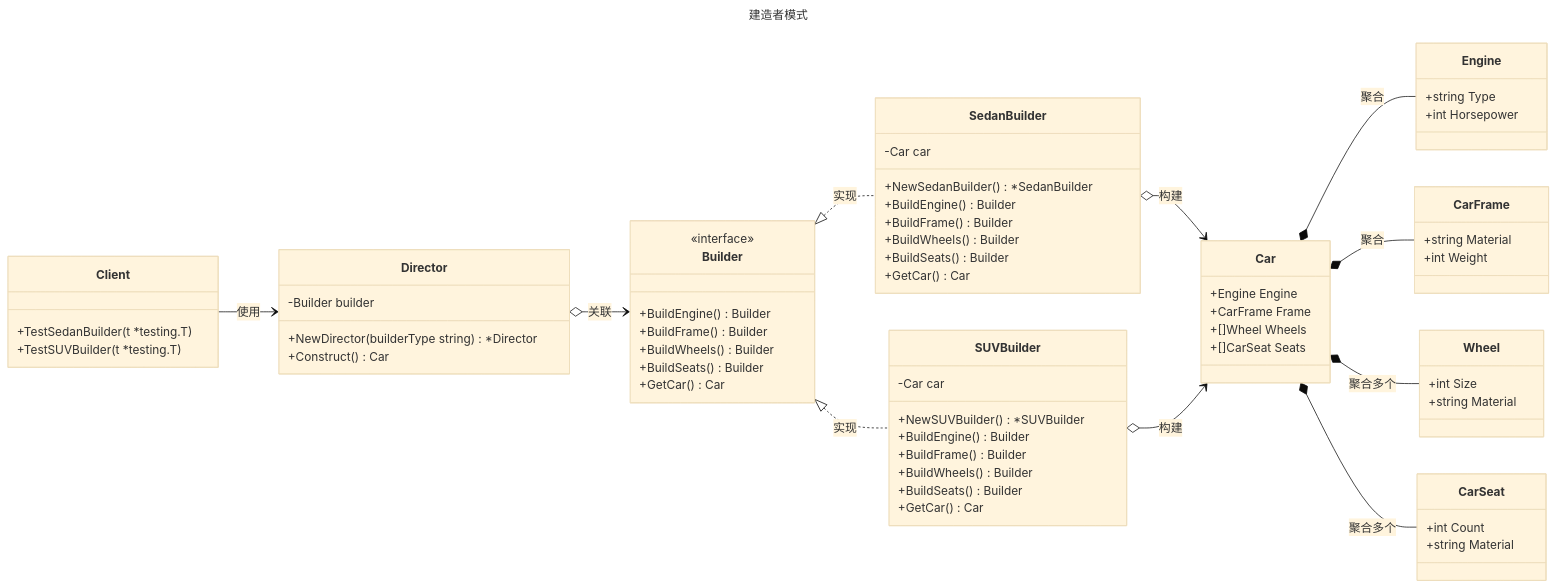
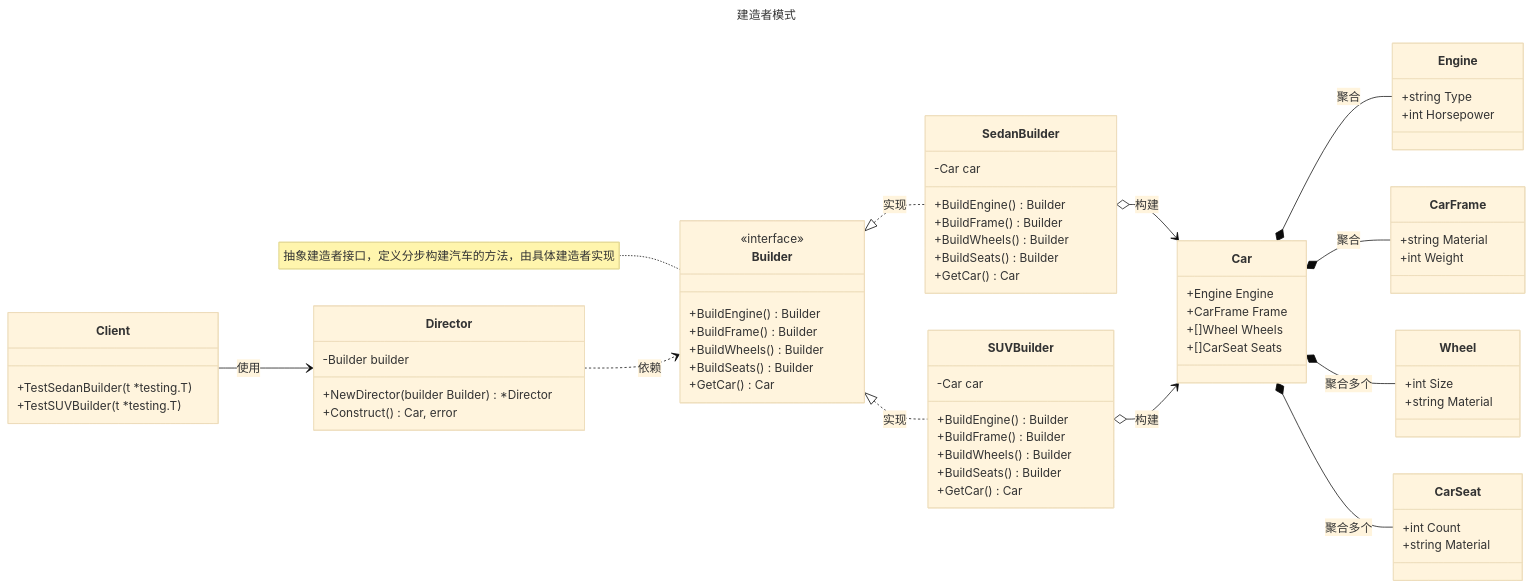
Before and after one commit to magicgopher/magicgopher-blog: the diagram in docs/zh/后端/01-Golang/03-Golang设计模式/07-建造者模式.md, drawn with Mermaid (base theme). The commit also changed other lines of this file and 15 other files, not shown here.

```diff
--- a/docs/zh/后端/01-Golang/03-Golang设计模式/07-建造者模式.md
+++ b/docs/zh/后端/01-Golang/03-Golang设计模式/07-建造者模式.md
@@ -36,7 +36,6 @@
     direction LR
     %% 产品相关类
     class Car {
-        %% 汽车产品结构体，包含引擎、车骨架、车轮和座位
         +Engine Engine
         +CarFrame Frame
         +[]Wheel Wheels
@@ -69,7 +68,6 @@
 
     %% 建造者模式相关类
     class Builder {
-        %% 抽象建造者接口
         <<interface>>
         +BuildEngine() Builder
         +BuildFrame() Builder
@@ -77,11 +75,11 @@
         +BuildSeats() Builder
         +GetCar() Car
     }
+    note for Builder "抽象建造者接口，定义分步构建汽车的方法，由具体建造者实现"
 
     %% 轿车建造者
     class SedanBuilder {
         -Car car
-        +NewSedanBuilder() *SedanBuilder
         +BuildEngine() Builder
         +BuildFrame() Builder
         +BuildWheels() Builder
@@ -92,7 +90,6 @@
     %% SUV建造者
     class SUVBuilder {
         -Car car
-        +NewSUVBuilder() *SUVBuilder
         +BuildEngine() Builder
         +BuildFrame() Builder
         +BuildWheels() Builder
@@ -103,13 +100,12 @@
     %% 指挥者
     class Director {
         -Builder builder
-        +NewDirector(builderType string) *Director
-        +Construct() Car
+        +NewDirector(builder Builder) *Director
+        +Construct() Car, error
     }
 
     %% 客户端测试类
     class Client {
-        %% 客户端测试类，单元测试函数
         +TestSedanBuilder(t *testing.T)
         +TestSUVBuilder(t *testing.T)
     }
@@ -121,7 +117,7 @@
     Car *-- CarSeat : 聚合多个
     Builder <|.. SedanBuilder : 实现
     Builder <|.. SUVBuilder : 实现
-    Director o--> Builder : 关联
+    Director ..> Builder : 依赖
     SedanBuilder o--> Car : 构建
     SUVBuilder o--> Car : 构建
     Client --> Director : 使用
```
